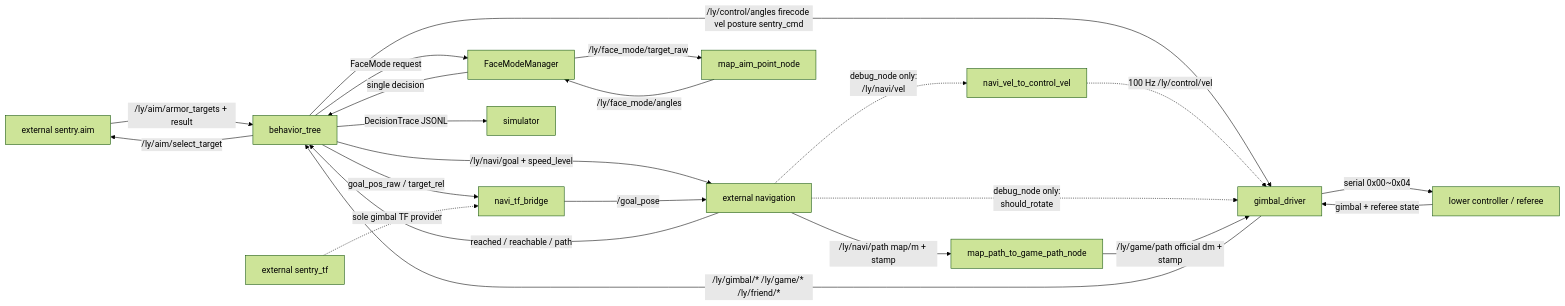
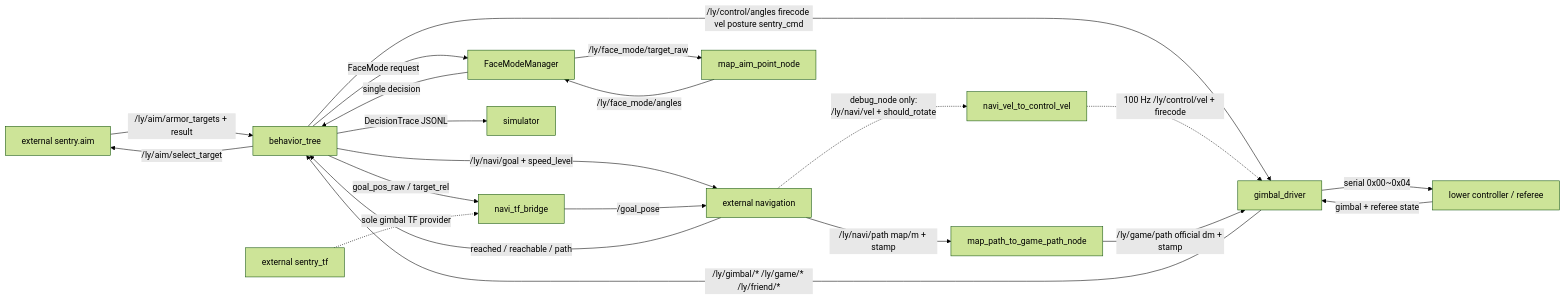
One commit to UnWanHin/ros2_ly_ws_sentary changed the diagram in .understand-anything/project-knowledge-graph.md. Above: the diagram before and after it, drawn with Mermaid (forest theme). The commit also changed other lines of this file and 12 other files, not shown here.

Commit message:
gimbal_driver: publish debug firecode

````diff
--- a/.understand-anything/project-knowledge-graph.md
+++ b/.understand-anything/project-knowledge-graph.md
@@ -19,26 +19,25 @@
 ```mermaid
 flowchart LR
   AIM[external sentry.aim] -->|/ly/aim/armor_targets + result| BT[behavior_tree]
   BT -->|/ly/aim/select_target| AIM
   BT -->|/ly/control/angles firecode vel posture sentry_cmd| GD[gimbal_driver]
   GD -->|serial 0x00~0x04| LOWER[lower controller / referee]
   LOWER -->|gimbal + referee state| GD
   GD -->|/ly/gimbal/* /ly/game/* /ly/friend/*| BT
 
   BT -->|/ly/navi/goal + speed_level| NAV
   BT -->|goal_pos_raw / target_rel| BRIDGE[navi_tf_bridge]
   BT -->|FaceMode request| FACE[FaceModeManager]
   FACE -->|/ly/face_mode/target_raw| FACE_SOLVER[map_aim_point_node]
   FACE_SOLVER -->|/ly/face_mode/angles| FACE
   FACE -->|single decision| BT
   BRIDGE -->|/goal_pose| NAV[external navigation]
   NAV -->|reached / reachable / path| BT
-  NAV -.debug_node only:\n/ly/navi/vel.-> DEBUG_VEL[navi_vel_to_control_vel]
-  DEBUG_VEL -.100 Hz /ly/control/vel.-> GD
-  NAV -.debug_node only:\nshould_rotate.-> GD
+  NAV -.debug_node only:\n/ly/navi/vel + should_rotate.-> DEBUG_VEL[navi_vel_to_control_vel]
+  DEBUG_VEL -.100 Hz /ly/control/vel + firecode.-> GD
   NAV -->|/ly/navi/path map/m + stamp| PATH[map_path_to_game_path_node]
   PATH -->|/ly/game/path official dm + stamp| GD
 
   TF[external sentry_tf] -.sole gimbal TF provider.-> BRIDGE
   BT -->|DecisionTrace JSONL| SIM[simulator]
 ```
````
